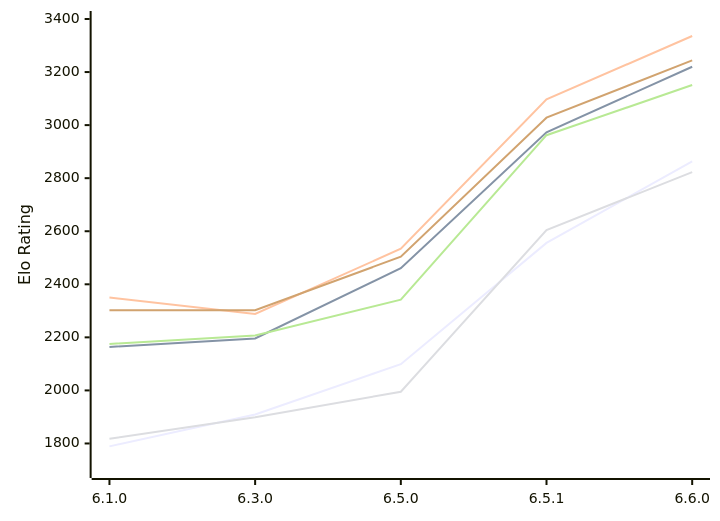
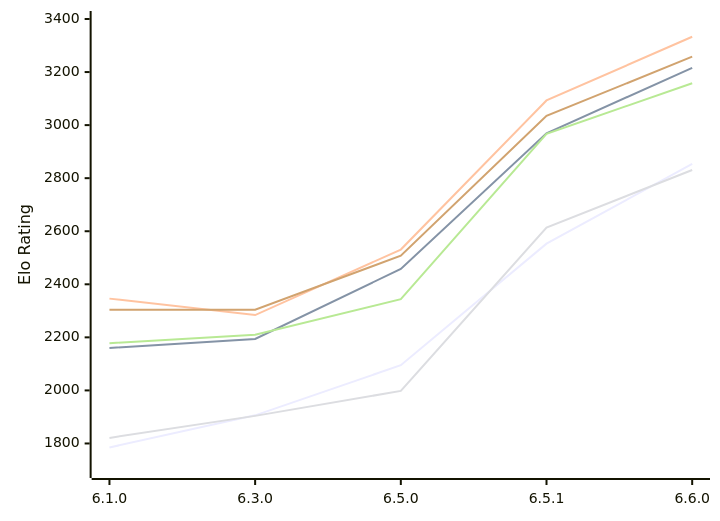
Before and after one commit to computer-chess-index/cci: the diagram in engines/Luminex.md, drawn with Mermaid. The commit also changed other lines of this file, not shown here.

Commit message:
Update CCI Ratings (ELO VLTC) - 2026-11-21

````diff
--- a/engines/Luminex.md
+++ b/engines/Luminex.md
@@ -55,12 +55,12 @@
 ```mermaid
 %%{init: {"theme":"base","themeVariables":{"seriesColors:['#a3a3a3','#222221','#faa371']}}}%%
 xychart-beta
   x-axis ["6.1.0", "6.3.0", "6.5.0", "6.5.1", "6.6.0"]
   y-axis "Elo Rating" 1700 --> 3400
-  line "E1: STC (8.0+0.08s)" [1789, 1909, 2099, 2556, 2863]
-  line "E1: LTC (60.0+0.60s)" [2164, 2196, 2461, 2973, 3220]
-  line "E1: VLTC (2m24s+1.12s)" [2350, 2288, 2534, 3097, 3336]
-  line "P1: STC (8.0+0.08s)" [1818, 1899, 1995, 2604, 2823]
-  line "P1: LTC (60.0+0.60s)" [2175, 2207, 2342, 2962, 3151]
-  line "P1: VLTC (2m24s+1.12s)" [2302, 2302, 2504, 3028, 3244]
+  line "E1: STC (8.0+0.08s)" [1785, 1906, 2095, 2553, 2854]
+  line "E1: LTC (60.0+0.60s)" [2160, 2194, 2458, 2969, 3216]
+  line "E1: VLTC (2m24s+1.12s)" [2346, 2284, 2531, 3093, 3333]
+  line "P1: STC (8.0+0.08s)" [1821, 1904, 1998, 2614, 2831]
+  line "P1: LTC (60.0+0.60s)" [2178, 2210, 2344, 2967, 3158]
+  line "P1: VLTC (2m24s+1.12s)" [2304, 2304, 2508, 3035, 3258]
 ```
````
